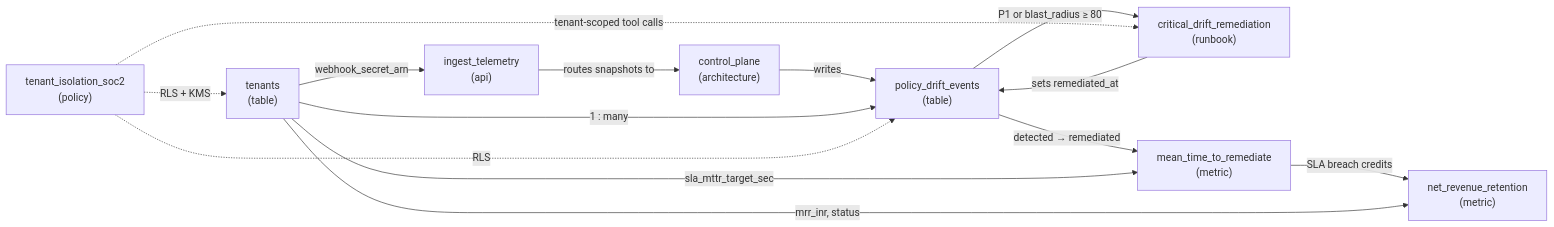
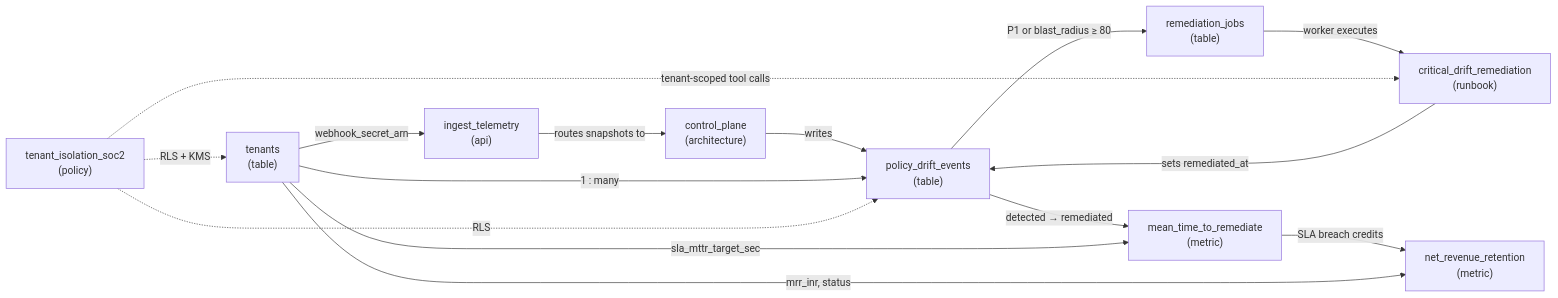
One commit to natrajexplore/Google_OKF changed the first of 2 diagrams in README.md. Above: the diagram before and after it, drawn with Mermaid. The commit also changed other lines of this file and 17 other files, not shown here.

First line of the commit message:
Add ShieldPulse service Phase 2: remediation runbook

````diff
--- a/README.md
+++ b/README.md
@@ -75,16 +76,17 @@
 ```mermaid
 flowchart LR
     API["ingest_telemetry<br/>(api)"] -->|routes snapshots to| CP["control_plane<br/>(architecture)"]
     CP -->|writes| PDE["policy_drift_events<br/>(table)"]
     TEN["tenants<br/>(table)"] -->|1 : many| PDE
     TEN -->|webhook_secret_arn| API
-    PDE -->|"P1 or blast_radius ≥ 80"| RB["critical_drift_remediation<br/>(runbook)"]
+    PDE -->|"P1 or blast_radius ≥ 80"| RJ["remediation_jobs<br/>(table)"]
+    RJ -->|worker executes| RB["critical_drift_remediation<br/>(runbook)"]
     RB -->|sets remediated_at| PDE
     PDE -->|detected → remediated| MTTR["mean_time_to_remediate<br/>(metric)"]
     TEN -->|sla_mttr_target_sec| MTTR
     MTTR -->|SLA breach credits| NRR["net_revenue_retention<br/>(metric)"]
     TEN -->|mrr_inr, status| NRR
     POL["tenant_isolation_soc2<br/>(policy)"] -.->|RLS + KMS| TEN
     POL -.->|RLS| PDE
     POL -.->|tenant-scoped tool calls| RB
 ```
````
